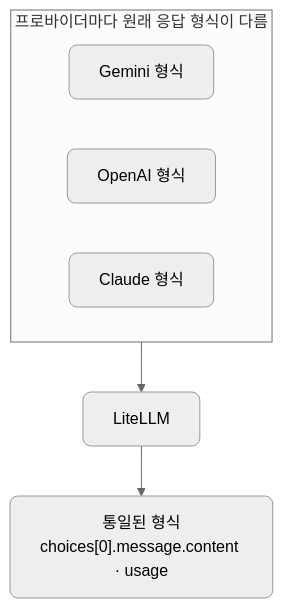
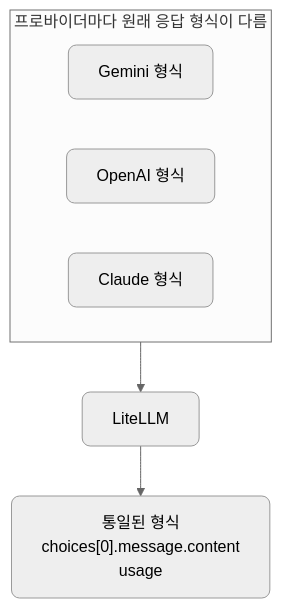
Before and after one commit to CodeCompose7/ai_service_engineering: the second of 5 diagrams in docs/section1/lec06/README.md, drawn with Mermaid (neutral theme). The commit also changed other lines of this file, not shown here.

Commit message:
lec06: 다이어그램 가독성 수정
응답 통일 노드의 긴 줄을 usage를 다음 줄로 내려 잘림을 막고, chat 래퍼
노드의 model? 표기를 model=기본값으로 바꿔 선택 인자임을 분명히 한다.

````diff
--- a/docs/section1/lec06/README.md
+++ b/docs/section1/lec06/README.md
@@ -68,12 +68,12 @@
 ```mermaid
 flowchart TB
   subgraph RAW["프로바이더마다 원래 응답 형식이 다름"]
     direction LR
     R1["Gemini 형식"]
     R2["OpenAI 형식"]
     R3["Claude 형식"]
   end
   RAW --> LL["LiteLLM"]
-  LL --> U["통일된 형식<br/>choices[0].message.content · usage"]
+  LL --> U["통일된 형식<br/>choices[0].message.content<br/>usage"]
   classDef default rx:8,ry:8;
 ```
````
